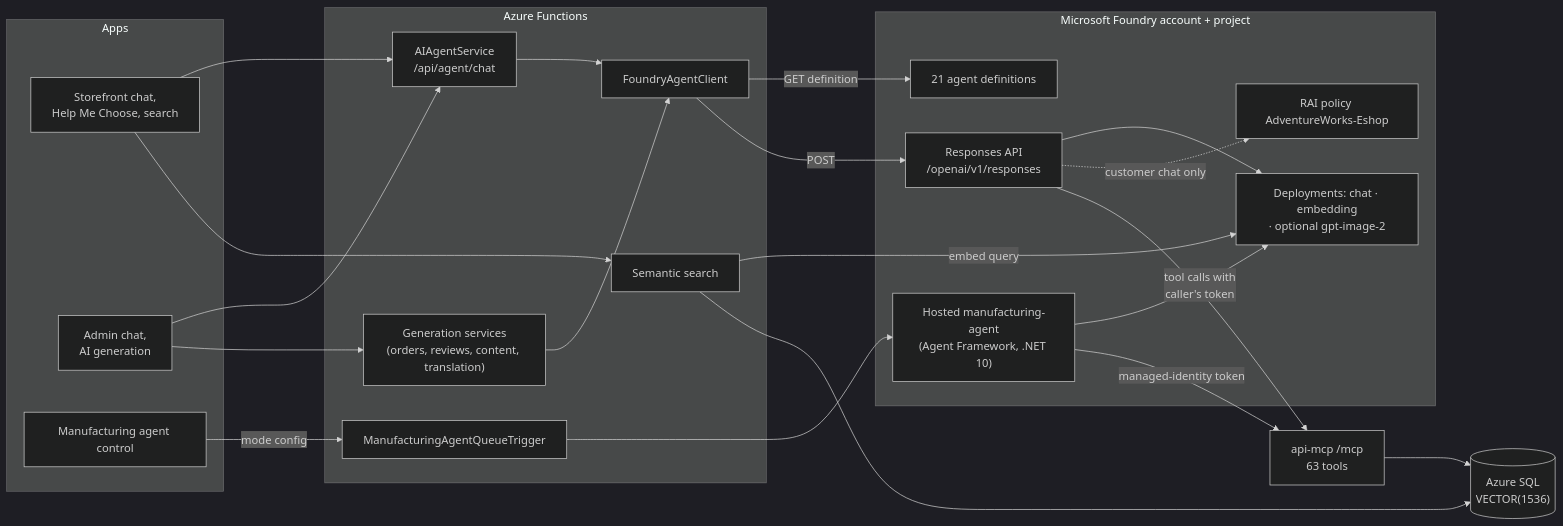
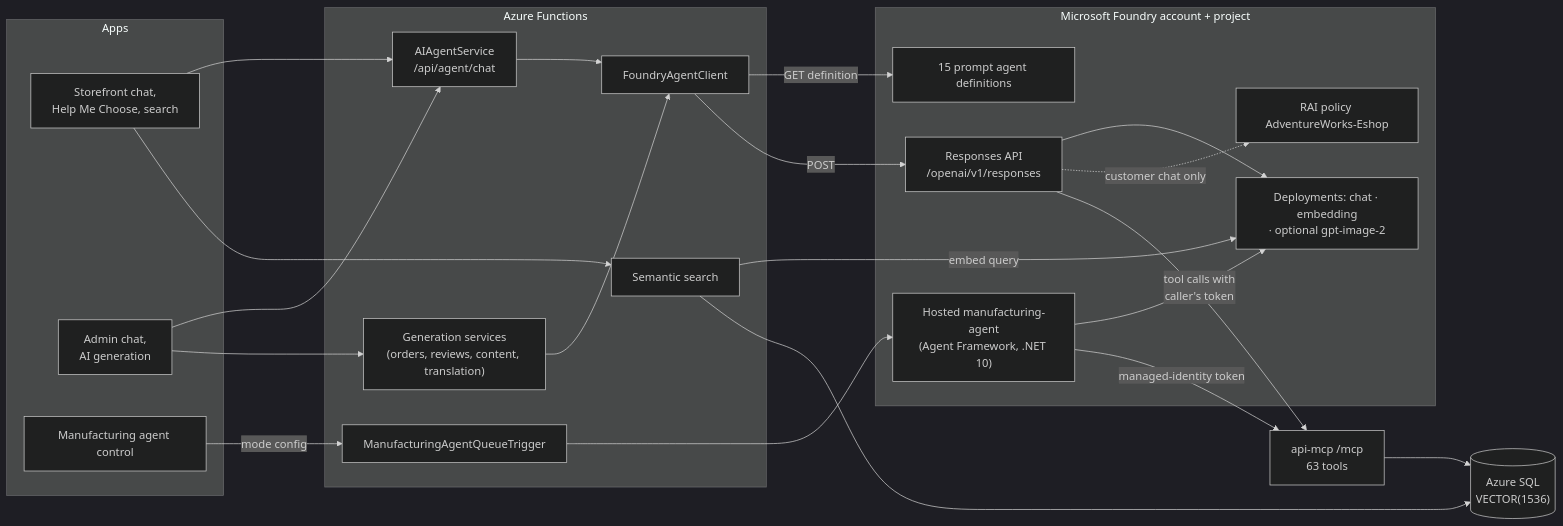
The first of 2 diagrams in docs/architecture/ai-architecture.md (ahems/AdventureWorks), drawn with Mermaid (dark theme) before and after one commit. The commit also changed other lines of this file and 453 other files, not shown here.

````diff
--- a/docs/architecture/ai-architecture.md
+++ b/docs/architecture/ai-architecture.md
@@ -21,46 +21,46 @@
 ```mermaid
 flowchart LR
   subgraph apps["Apps"]
     sf["Storefront chat,<br/>Help Me Choose, search"]
     adm["Admin chat,<br/>AI generation"]
     mfg["Manufacturing agent control"]
   end
 
   subgraph fn["Azure Functions"]
     chat["AIAgentService<br/>/api/agent/chat"]
     gen["Generation services<br/>(orders, reviews, content, translation)"]
     fac["FoundryAgentClient"]
     srch["Semantic search"]
     mq["ManufacturingAgentQueueTrigger"]
   end
 
   subgraph foundry["Microsoft Foundry account + project"]
-    defs["21 agent definitions"]
+    defs["15 prompt agent definitions"]
     resp["Responses API<br/>/openai/v1/responses"]
     dep["Deployments: chat · embedding<br/>· optional gpt-image-2"]
     rai["RAI policy AdventureWorks-Eshop"]
     hosted["Hosted manufacturing-agent<br/>(Agent Framework, .NET 10)"]
   end
 
   mcp["api-mcp /mcp<br/>63 tools"]
   sql[("Azure SQL<br/>VECTOR(1536)")]
 
   sf --> chat
   adm --> chat
   adm --> gen
   sf --> srch
   mfg -->|"mode config"| mq
   chat --> fac
   gen --> fac
   fac -->|"GET definition"| defs
   fac -->|"POST"| resp
   resp --> dep
   resp -.->|"customer chat only"| rai
   resp -->|"tool calls with<br/>caller's token"| mcp
   srch -->|"embed query"| dep
   srch --> sql
   mq --> hosted
   hosted --> dep
   hosted -->|"managed-identity token"| mcp
   mcp --> sql
 ```
````
